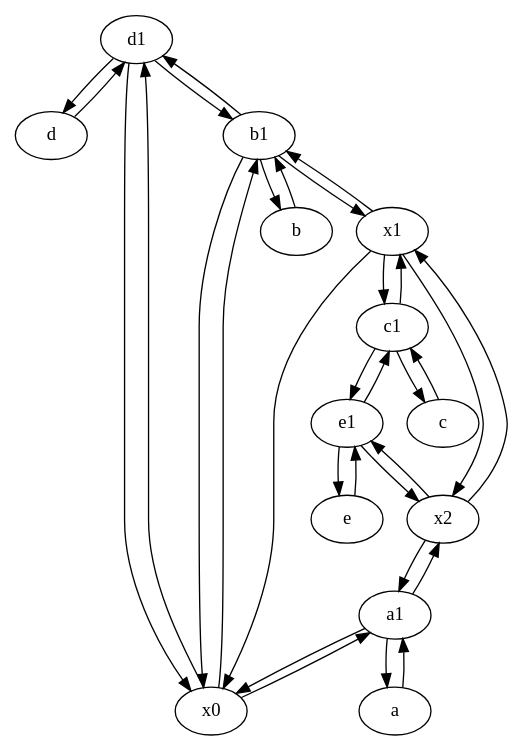
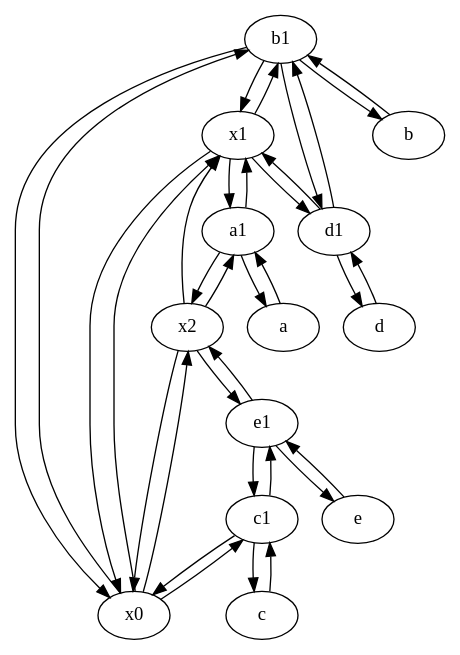
One commit to anisabnis/graph_inference changed the diagram in results_random_err/integra/3/topologyinf.dot. Above: the diagram before and after it, drawn with Graphviz. The commit also changed 5598 other files, not shown here.

```diff
--- a/results_random_err/integra/3/topologyinf.dot
+++ b/results_random_err/integra/3/topologyinf.dot
@@ -1,47 +1,49 @@
 digraph  {
-	d1 [pos="25,30!"];
-	d [pos="20,30!"];
-	e [pos="30,50!"];
+	b1 [pos="45,20!"];
 	c1 [pos="30,15!"];
-	b1 [pos="45,20!"];
-	e1 [pos="25,45!"];
 	x1;
 	a [pos="40,10!"];
+	d [pos="20,30!"];
 	x0;
+	c [pos="20,10!"];
 	x2;
+	d1 [pos="25,30!"];
+	b [pos="50,20!"];
+	e1 [pos="25,45!"];
 	a1 [pos="40,15!"];
-	b [pos="50,20!"];
-	c [pos="20,10!"];
+	e [pos="30,50!"];
+	x1 -> x0;
+	d1 -> d;
+	b1 -> x1;
+	e -> e1;
+	b1 -> d1;
 	a1 -> x2;
+	x0 -> x1;
+	x1 -> d1;
+	c -> c1;
+	c1 -> x0;
+	c1 -> e1;
+	x0 -> c1;
+	d1 -> x1;
+	b1 -> b;
+	e1 -> x2;
+	x2 -> x1;
+	x0 -> b1;
 	x2 -> a1;
+	x1 -> b1;
+	a1 -> a;
 	x2 -> e1;
+	x0 -> x2;
+	a1 -> x1;
+	d1 -> b1;
+	x2 -> x0;
 	c1 -> c;
-	e1 -> x2;
-	b1 -> d1;
-	a1 -> x0;
-	x0 -> a1;
+	x1 -> a1;
+	a -> a1;
 	e1 -> e;
+	d -> d1;
+	b -> b1;
 	b1 -> x0;
-	x1 -> x0;
-	b1 -> x1;
-	c1 -> e1;
 	e1 -> c1;
-	a1 -> a;
-	x1 -> b1;
-	d1 -> d;
-	c -> c1;
-	x2 -> x1;
-	x1 -> x2;
-	d1 -> x0;
-	d1 -> b1;
-	e -> e1;
-	a -> a1;
-	b -> b1;
-	x0 -> b1;
-	b1 -> b;
-	x1 -> c1;
-	x0 -> d1;
-	c1 -> x1;
-	d -> d1;
 
 	}
```
